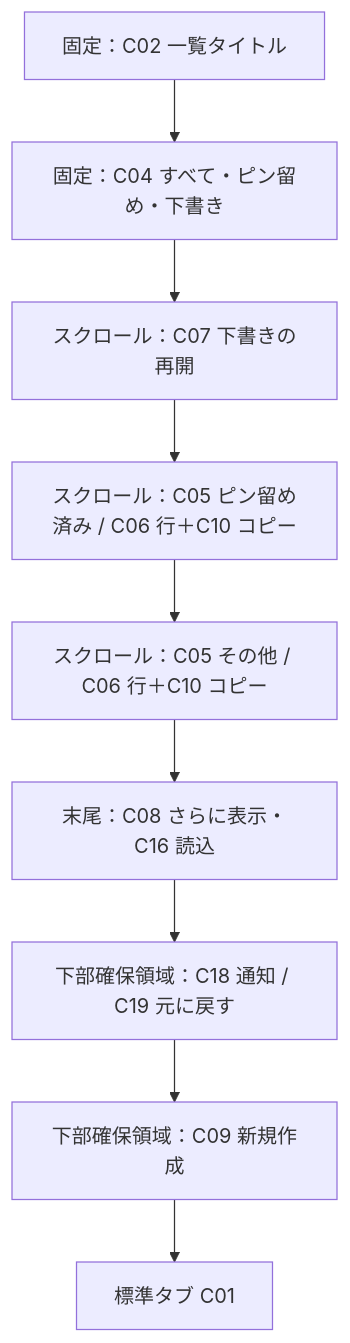
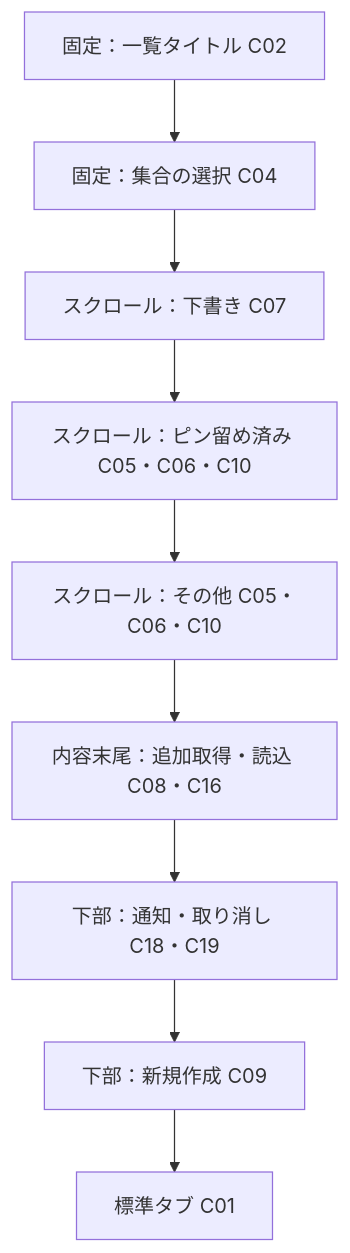
One commit to 9uiLe/nibble changed the second of 4 diagrams in docs/design/screens.md. Above: the diagram before and after it, drawn with Mermaid. The commit also changed other lines of this file and 11 other files, not shown here.

````diff
--- a/docs/design/screens.md
+++ b/docs/design/screens.md
@@ -29,12 +31,11 @@
 ```mermaid
 flowchart TB
-    H[固定：C02 一覧タイトル]
-    H --> F[固定：C04 すべて・ピン留め・下書き]
-    F --> D[スクロール：C07 下書きの再開]
-    D --> P[スクロール：C05 ピン留め済み / C06 行＋C10 コピー]
-    P --> O[スクロール：C05 その他 / C06 行＋C10 コピー]
-    O --> M[末尾：C08 さらに表示・C16 読込]
-    M --> N[下部確保領域：C18 通知 / C19 元に戻す]
-    N --> C[下部確保領域：C09 新規作成]
+    H[固定：一覧タイトル C02] --> F[固定：集合の選択 C04]
+    F --> D[スクロール：下書き C07]
+    D --> P[スクロール：ピン留め済み C05・C06・C10]
+    P --> O[スクロール：その他 C05・C06・C10]
+    O --> M[内容末尾：追加取得・読込 C08・C16]
+    M --> N[下部：通知・取り消し C18・C19]
+    N --> C[下部：新規作成 C09]
     C --> T[標準タブ C01]
 ```
````
